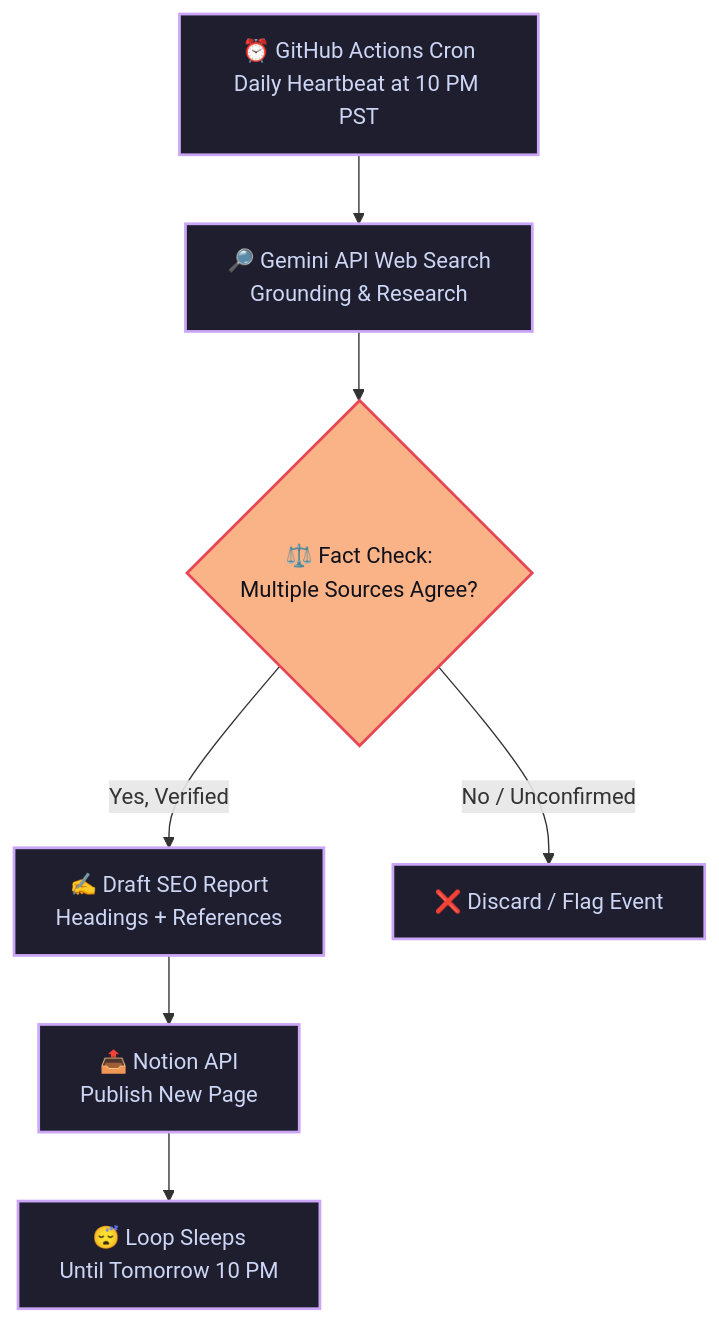
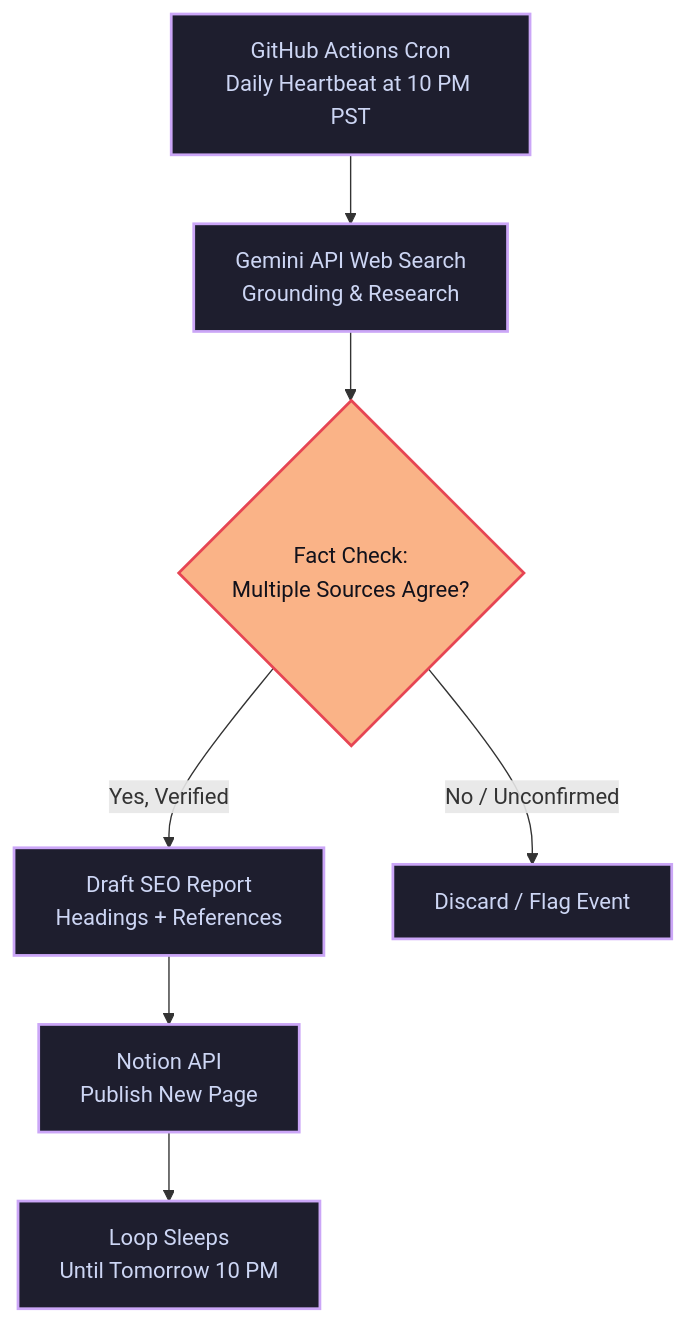
One commit to shariq001/AI-Daily-Briefing-Notion changed the diagram in README.md. Above: the diagram before and after it, drawn with Mermaid.

Commit message:
AI Updates Notion

````diff
--- a/README.md
+++ b/README.md
@@ -54,16 +54,16 @@
 ```mermaid
 graph TD
     %% Styling
     classDef default fill:#1e1e2e,stroke:#cba6f7,stroke-width:2px,color:#cdd6f4;
     classDef highlight fill:#fab387,stroke:#e64553,stroke-width:2px,color:#11111b;
     
-    A[⏰ GitHub Actions Cron<br>Daily Heartbeat at 10 PM PST] --> B[🔎 Gemini API Web Search<br>Grounding & Research]
-    B --> C{⚖️ Fact Check:<br>Multiple Sources Agree?}
-    C -- Yes, Verified --> D[✍️ Draft SEO Report<br>Headings + References]
-    C -- No / Unconfirmed --> E[❌ Discard / Flag Event]
-    D --> F[📤 Notion API<br>Publish New Page]
-    F --> G[😴 Loop Sleeps<br>Until Tomorrow 10 PM]
+    A[GitHub Actions Cron<br>Daily Heartbeat at 10 PM PST] --> B[Gemini API Web Search<br>Grounding & Research]
+    B --> C{Fact Check:<br>Multiple Sources Agree?}
+    C -- Yes, Verified --> D[Draft SEO Report<br>Headings + References]
+    C -- No / Unconfirmed --> E[Discard / Flag Event]
+    D --> F[Notion API<br>Publish New Page]
+    F --> G[Loop Sleeps<br>Until Tomorrow 10 PM]
     
     class A,B,D,F,G default;
     class C highlight;
 ```
````
